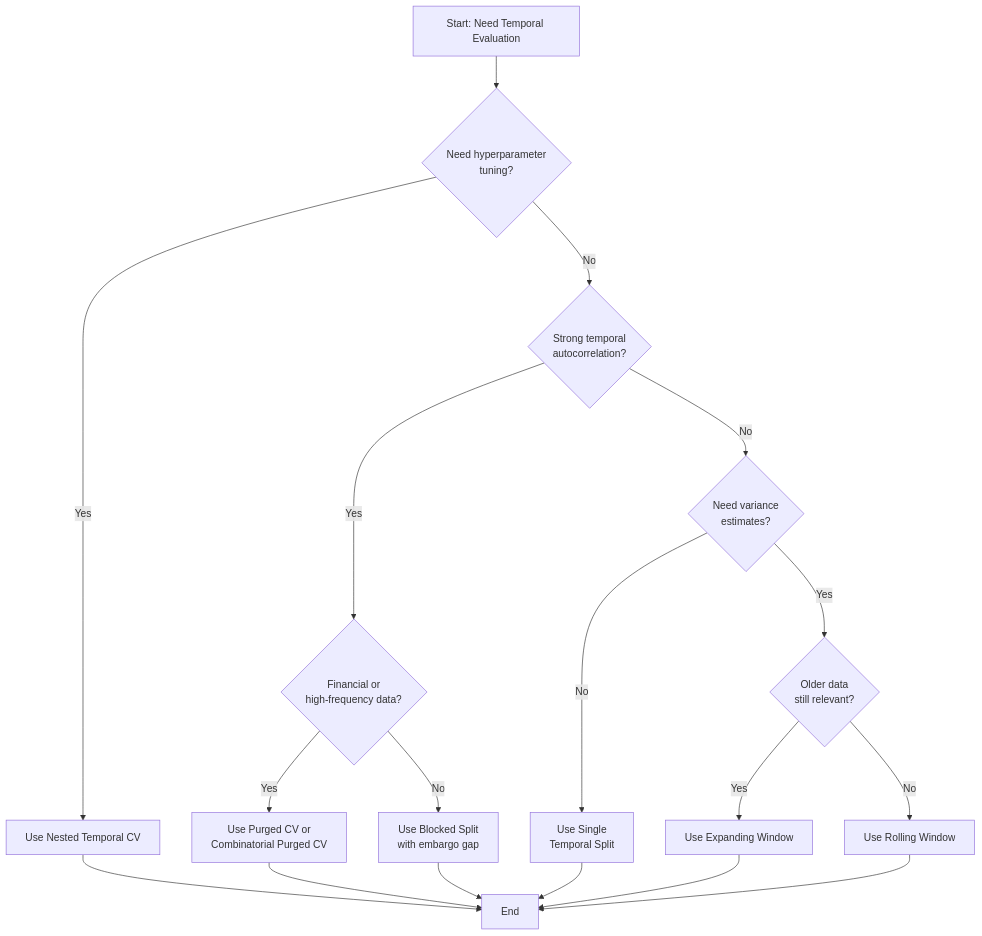
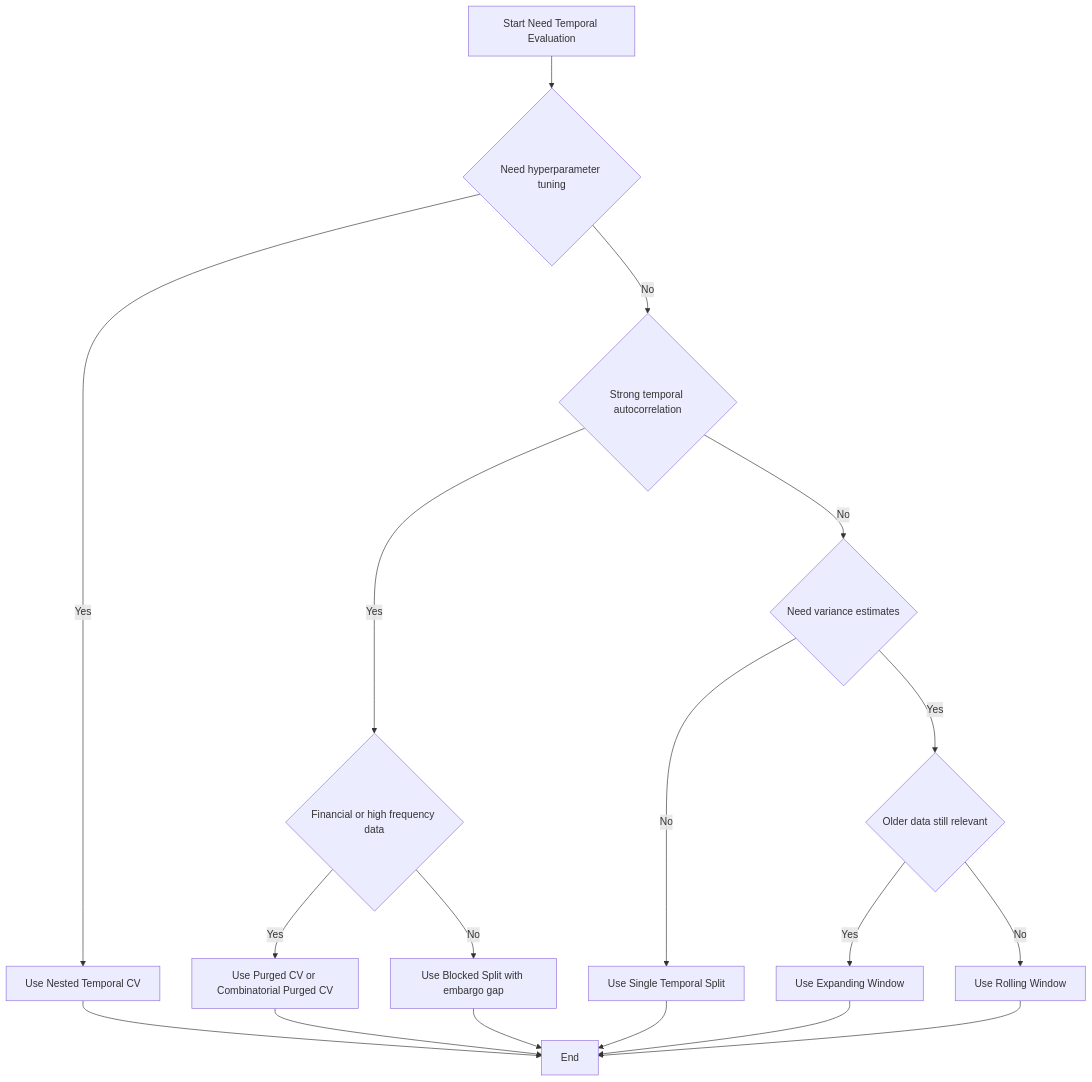
One commit to mikenguyen13/ai_in_action changed the diagram in temporal-strategies.qmd. Above: the diagram before and after it, drawn with Mermaid. The commit also changed 52 other files, not shown here.

Commit message:
Fix Mermaid rendering in 22 chapters: remove ampersands and br tags from node labels, move detail to tables

````diff
--- a/temporal-strategies.qmd
+++ b/temporal-strategies.qmd
@@ -1468,29 +1468,29 @@
 ```{mermaid}
 %%| label: fig-decision-flowchart
 %%| fig-cap: "Decision flowchart for selecting appropriate temporal evaluation strategy."
 
 flowchart TD
-    A[Start: Need Temporal Evaluation] --> B{Need hyperparameter<br/>tuning?}
-    
-    B -->|Yes| C[Use Nested Temporal CV]
-    B -->|No| D{Strong temporal<br/>autocorrelation?}
-    
-    D -->|Yes| E{Financial or<br/>high-frequency data?}
-    D -->|No| F{Need variance<br/>estimates?}
-    
-    E -->|Yes| G[Use Purged CV or<br/>Combinatorial Purged CV]
-    E -->|No| H[Use Blocked Split<br/>with embargo gap]
-    
-    F -->|Yes| I{Older data<br/>still relevant?}
-    F -->|No| J[Use Single<br/>Temporal Split]
-    
-    I -->|Yes| K[Use Expanding Window]
-    I -->|No| L[Use Rolling Window]
+    A["Start Need Temporal Evaluation"] --> B{"Need hyperparameter tuning"}
+
+    B -->|Yes| C["Use Nested Temporal CV"]
+    B -->|No| D{"Strong temporal autocorrelation"}
+
+    D -->|Yes| E{"Financial or high frequency data"}
+    D -->|No| F{"Need variance estimates"}
+
+    E -->|Yes| G["Use Purged CV or Combinatorial Purged CV"]
+    E -->|No| H["Use Blocked Split with embargo gap"]
+
+    F -->|Yes| I{"Older data still relevant"}
+    F -->|No| J["Use Single Temporal Split"]
+
+    I -->|Yes| K["Use Expanding Window"]
+    I -->|No| L["Use Rolling Window"]
     
     C --> M[End]
     G --> M
     H --> M
     J --> M
     K --> M
     L --> M
 ```
````
